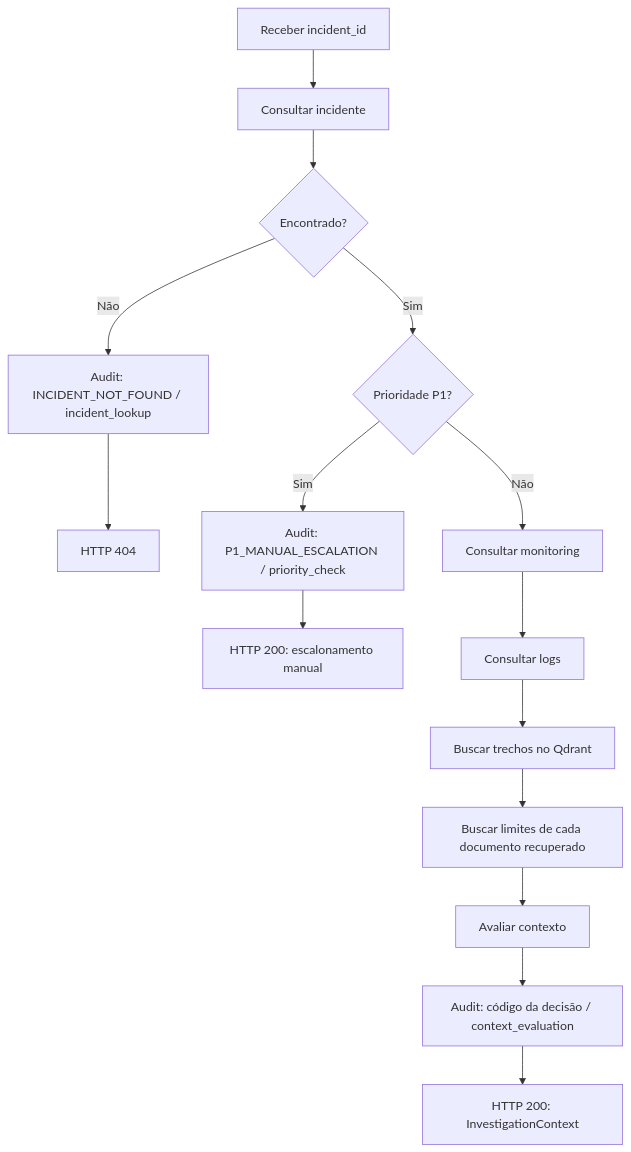
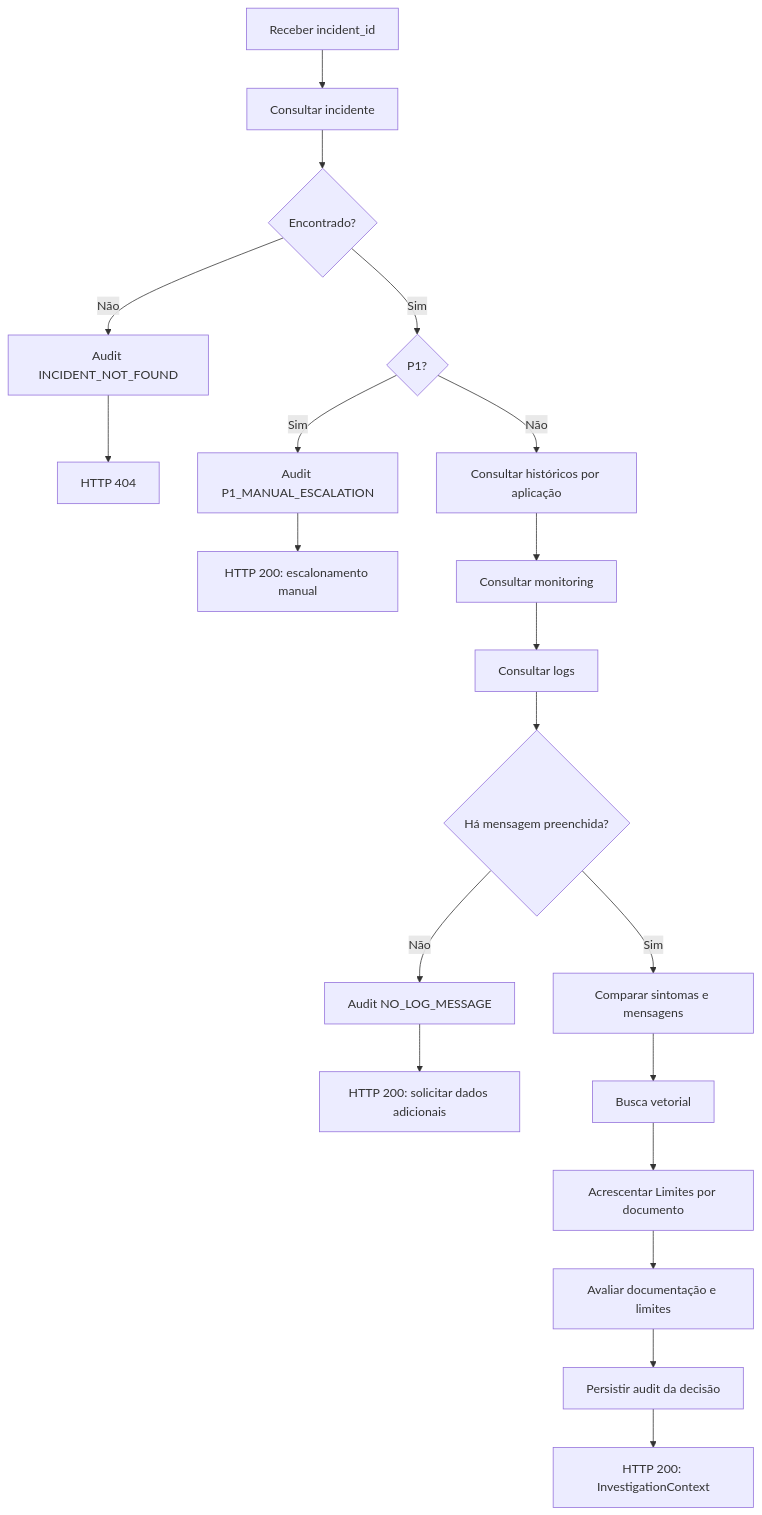
Before and after one commit to renatodanielbrito77/ai-incident-operations-assistant: the third of 4 diagrams in docs/architecture.md, drawn with Mermaid. The commit also changed other lines of this file and 1 other file, not shown here.

````diff
--- a/docs/architecture.md
+++ b/docs/architecture.md
@@ -118,17 +96,22 @@
 ```mermaid
 flowchart TD
     Start[Receber incident_id] --> Incident[Consultar incidente]
     Incident --> Exists{Encontrado?}
-    Exists -->|Não| Missing[Audit: INCIDENT_NOT_FOUND / incident_lookup]
+    Exists -->|Não| Missing[Audit INCIDENT_NOT_FOUND]
     Missing --> NotFound[HTTP 404]
-    Exists -->|Sim| Priority{Prioridade P1?}
-    Priority -->|Sim| P1[Audit: P1_MANUAL_ESCALATION / priority_check]
+    Exists -->|Sim| Priority{P1?}
+    Priority -->|Sim| P1[Audit P1_MANUAL_ESCALATION]
     P1 --> Escalate[HTTP 200: escalonamento manual]
-    Priority -->|Não| Monitoring[Consultar monitoring]
+    Priority -->|Não| Histories[Consultar históricos por aplicação]
+    Histories --> Monitoring[Consultar monitoring]
     Monitoring --> Logs[Consultar logs]
-    Logs --> Search[Buscar trechos no Qdrant]
-    Search --> Limits[Buscar limites de cada documento recuperado]
-    Limits --> Evaluate[Avaliar contexto]
-    Evaluate --> Audit[Audit: código da decisão / context_evaluation]
+    Logs --> Evidence{Há mensagem preenchida?}
+    Evidence -->|Não| MissingLogs[Audit NO_LOG_MESSAGE]
+    MissingLogs --> Request[HTTP 200: solicitar dados adicionais]
+    Evidence -->|Sim| Match[Comparar sintomas e mensagens]
+    Match --> Search[Busca vetorial]
+    Search --> Limits[Acrescentar Limites por documento]
+    Limits --> Evaluate[Avaliar documentação e limites]
+    Evaluate --> Audit[Persistir audit da decisão]
     Audit --> Response[HTTP 200: InvestigationContext]
 ```
````
